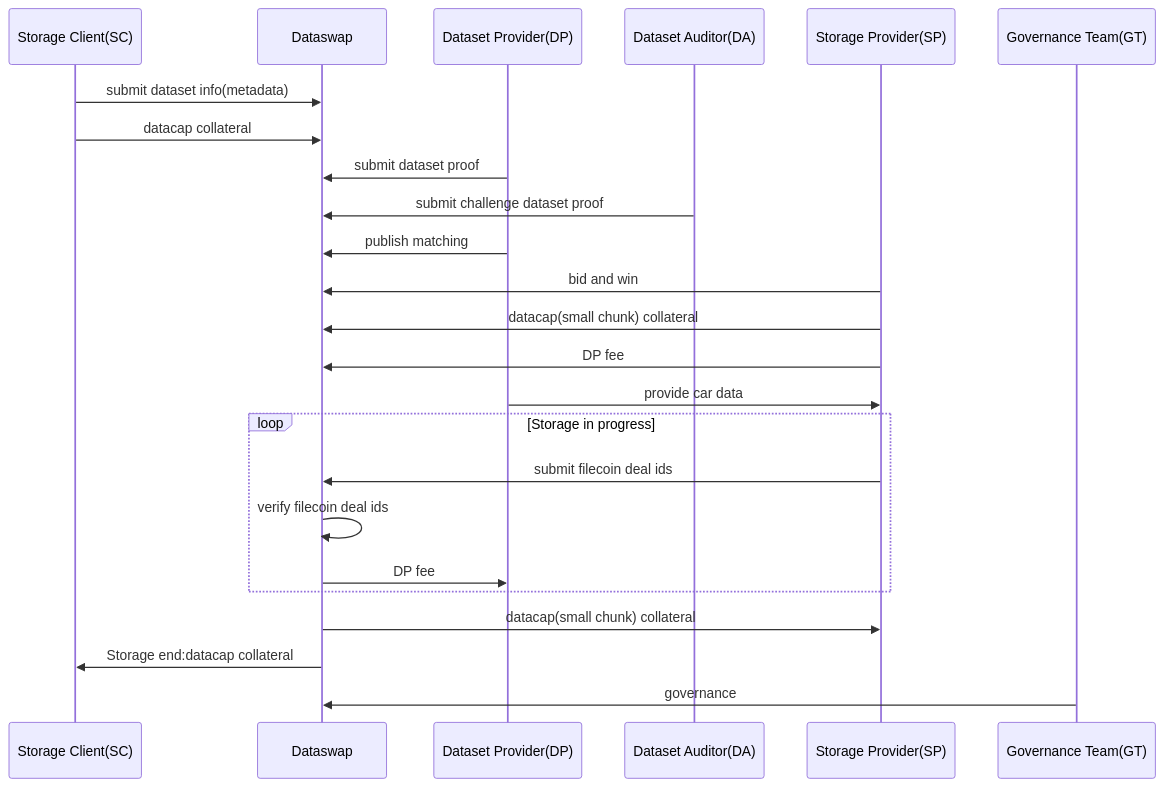
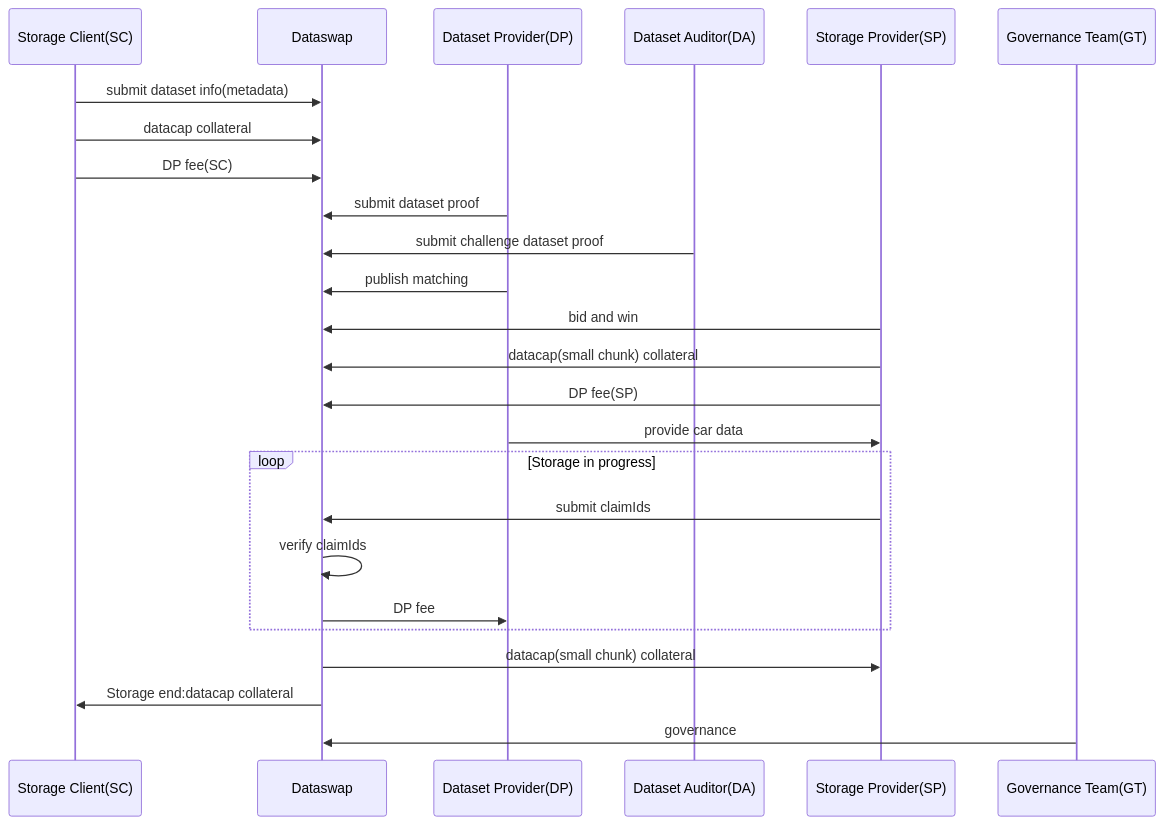
One commit to dataswap/specs changed the first of 2 diagrams in systems/README.md. Above: the diagram before and after it, drawn with Mermaid. The commit also changed other lines of this file, not shown here.

Commit message:
update sequence diagram

````diff
--- a/systems/README.md
+++ b/systems/README.md
@@ -12,27 +10,23 @@
 ```mermaid
 sequenceDiagram
 Storage Client(SC)->>Dataswap: submit dataset info(metadata)
 Storage Client(SC)->>Dataswap: datacap collateral
+Storage Client(SC)->>Dataswap: DP fee(SC) 
 Dataset Provider(DP)->>Dataswap: submit dataset proof
 Dataset Auditor(DA)->>Dataswap: submit challenge dataset proof
 Dataset Provider(DP)->>Dataswap: publish matching
 Storage Provider(SP)->>Dataswap: bid and win
 Storage Provider(SP)->>Dataswap: datacap(small chunk) collateral
-Storage Provider(SP)->>Dataswap: DP fee
+Storage Provider(SP)->>Dataswap: DP fee(SP)
 Dataset Provider(DP)->>Storage Provider(SP): provide car data
 loop Storage in progress 
-Storage Provider(SP)->>Dataswap: submit filecoin deal ids
-Dataswap->>Dataswap: verify filecoin deal ids
+Storage Provider(SP)->>Dataswap: submit claimIds
+Dataswap->>Dataswap: verify claimIds
 Dataswap->>Dataset Provider(DP): DP fee
 end
 Dataswap->>Storage Provider(SP): datacap(small chunk) collateral
 Dataswap->>Storage Client(SC): Storage end:datacap collateral
 Governance Team(GT)->>Dataswap: governance
 
-
-
-
 %%{init:{'themeCSS':'g:nth-of-type(3) rect.actor { stroke:lightgreen;fill: lightgreen; }; g:nth-of-type(10) rect.actor { stroke:lightgreen;fill: lightgreen; }; '}}%%
- 
-
 ```
````
